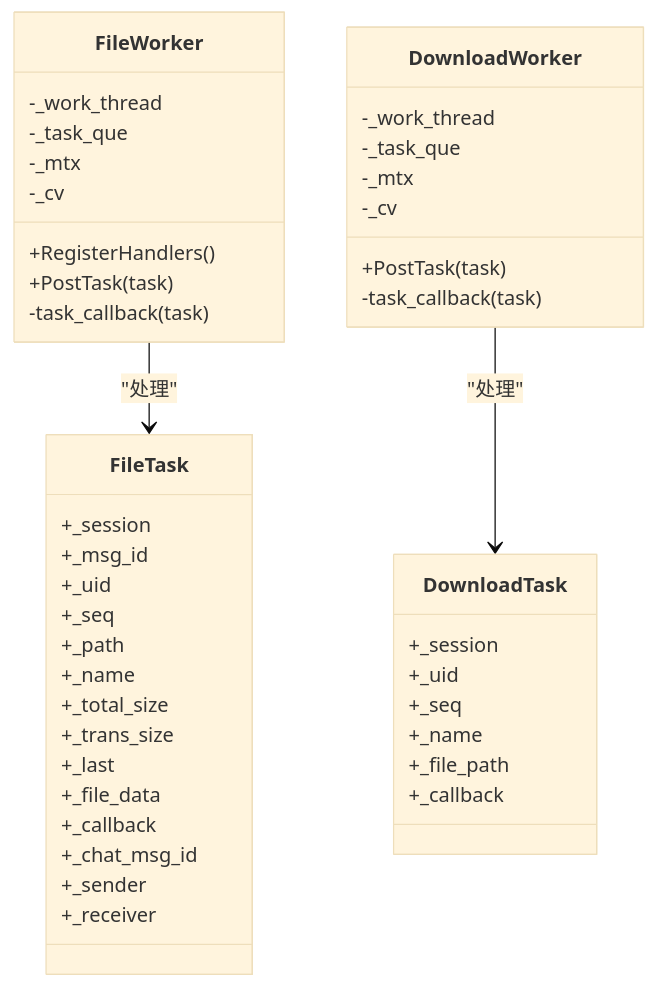
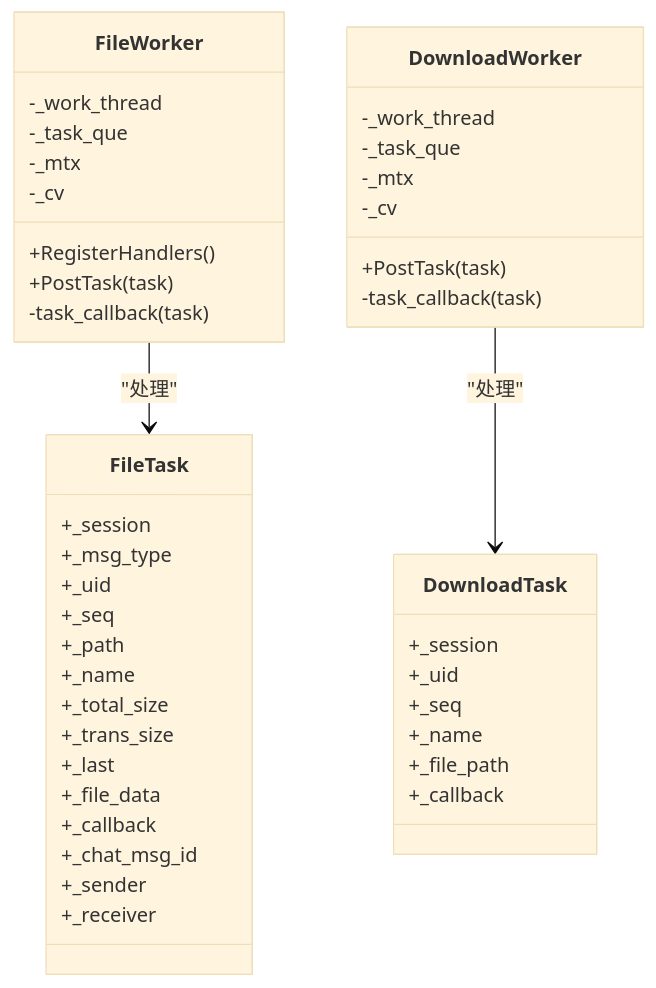
The fourth of 7 diagrams in .qoder/repowiki/zh/content/架构设计/数据流设计/文件传输数据流.md (echo9923/mychatter), drawn with Mermaid (base theme) before and after one commit. The commit also changed other lines of this file and 128 other files, not shown here.

First line of the commit message:
refactor(protocol): TCP 帧头消息类型 msg_id 全局改名为 msg_type

````diff
--- a/.qoder/repowiki/zh/content/架构设计/数据流设计/文件传输数据流.md
+++ b/.qoder/repowiki/zh/content/架构设计/数据流设计/文件传输数据流.md
@@ -207,46 +207,46 @@
 ```mermaid
 classDiagram
 class FileWorker {
 +RegisterHandlers()
 +PostTask(task)
 -task_callback(task)
 -_work_thread
 -_task_que
 -_mtx
 -_cv
 }
 class DownloadWorker {
 +PostTask(task)
 -task_callback(task)
 -_work_thread
 -_task_que
 -_mtx
 -_cv
 }
 class FileTask {
 +_session
-+_msg_id
++_msg_type
 +_uid
 +_seq
 +_path
 +_name
 +_total_size
 +_trans_size
 +_last
 +_file_data
 +_callback
 +_chat_msg_id
 +_sender
 +_receiver
 }
 class DownloadTask {
 +_session
 +_uid
 +_seq
 +_name
 +_file_path
 +_callback
 }
 FileWorker --> FileTask : "处理"
 DownloadWorker --> DownloadTask : "处理"
 ```
````
